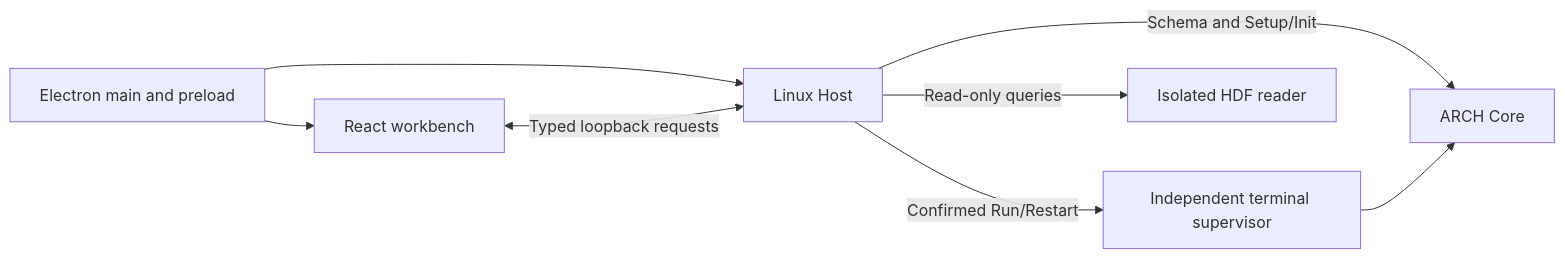
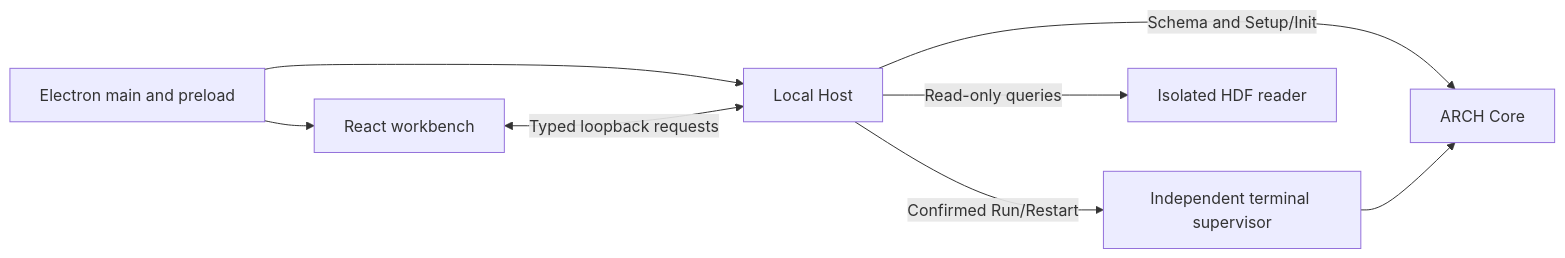
One commit to Shiro-Akane/ARCH changed the diagram in studio/README.md. Above: the diagram before and after it, drawn with Mermaid. The commit also changed other lines of this file and 130 other files, not shown here.

````diff
--- a/studio/README.md
+++ b/studio/README.md
@@ -40,10 +42,10 @@
 ```mermaid
 flowchart LR
   Desktop[Electron main and preload] --> UI[React workbench]
-  Desktop --> Host[Linux Host]
+  Desktop --> Host[Local Host]
   UI <-->|Typed loopback requests| Host
   Host -->|Schema and Setup/Init| Core[ARCH Core]
   Host -->|Confirmed Run/Restart| Supervisor[Independent terminal supervisor]
   Supervisor --> Core
   Host -->|Read-only queries| HDF[Isolated HDF reader]
 ```
````
